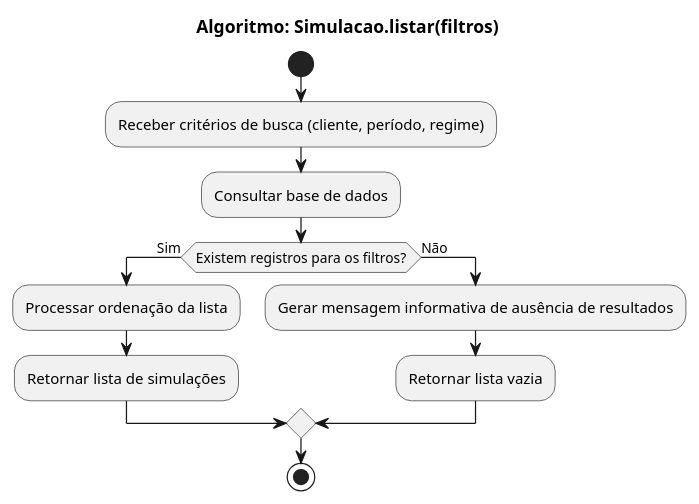
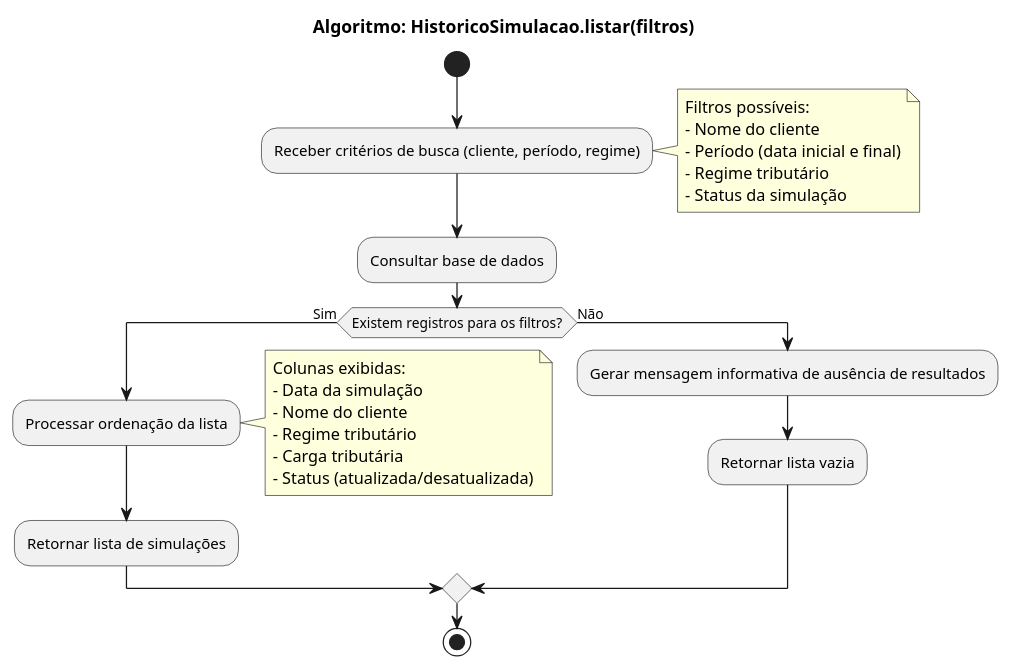
The diagram in specs/diagrams/classes/metodos/relatorio/listarSimulacao.puml (araujofs/sst), drawn with PlantUML before and after one commit. The commit also changed 6 other files, not shown here.

Commit message:
feat: corrige diagramas de gabriel

```diff
--- a/specs/diagrams/classes/metodos/relatorio/listarSimulacao.puml
+++ b/specs/diagrams/classes/metodos/relatorio/listarSimulacao.puml
@@ -1,14 +1,29 @@
 @startuml
-title Algoritmo: Simulacao.listar(filtros)
+title Algoritmo: HistoricoSimulacao.listar(filtros)
 start
 :Receber critérios de busca (cliente, período, regime);
+note right
+  Filtros possíveis:
+  - Nome do cliente
+  - Período (data inicial e final)
+  - Regime tributário
+  - Status da simulação
+end note
 :Consultar base de dados;
 if (Existem registros para os filtros?) then (Sim)
     :Processar ordenação da lista;
+    note right
+      Colunas exibidas:
+      - Data da simulação
+      - Nome do cliente
+      - Regime tributário
+      - Carga tributária
+      - Status (atualizada/desatualizada)
+    end note
     :Retornar lista de simulações;
 else (Não)
     :Gerar mensagem informativa de ausência de resultados;
     :Retornar lista vazia;
 endif
 stop
 @enduml
```
